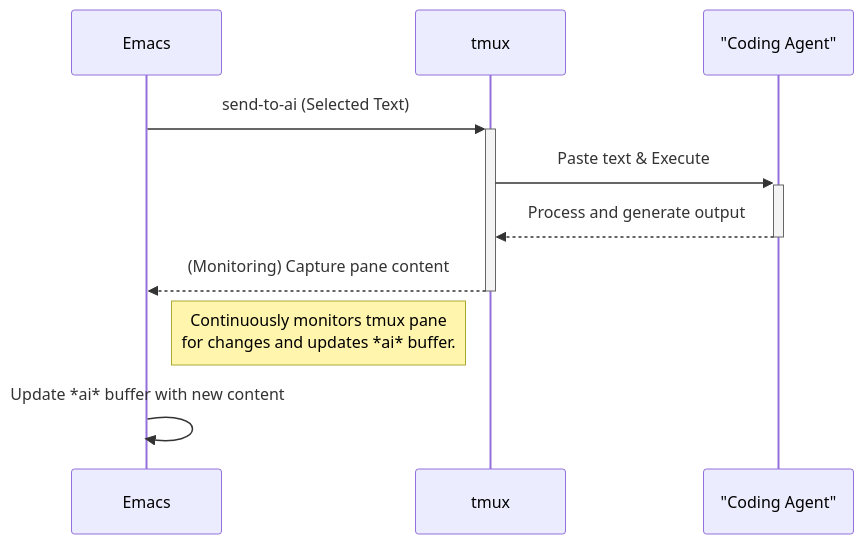
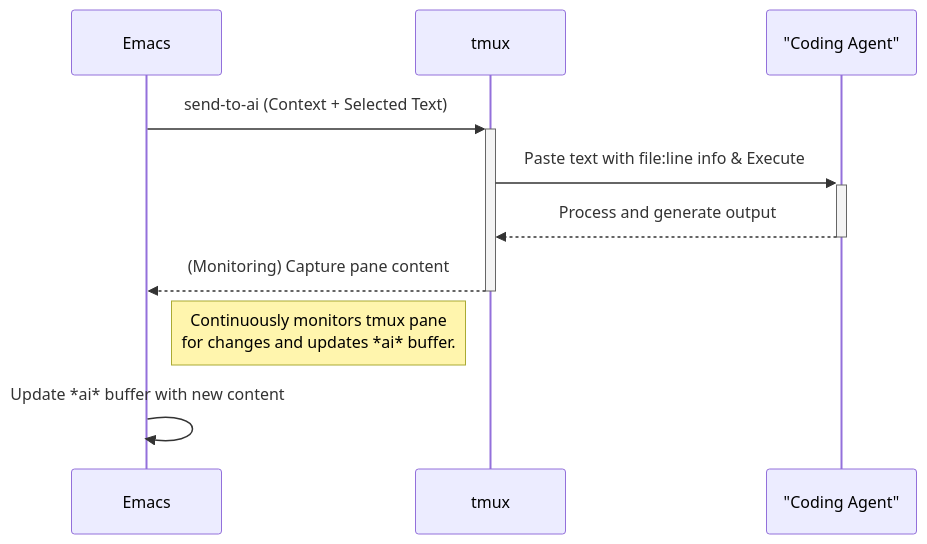
The diagram in README.md (kiyoka/emacs-ai-agent-bridge), drawn with Mermaid before and after one commit. The commit also changed other lines of this file, not shown here.

````diff
--- a/README.md
+++ b/README.md
@@ -155,13 +156,13 @@
 ```mermaid
 sequenceDiagram
     participant Emacs
     participant tmux
     participant "Coding Agent"
 
-    Emacs->>+tmux: send-to-ai (Selected Text)
-    tmux->>+"Coding Agent": Paste text & Execute
+    Emacs->>+tmux: send-to-ai (Context + Selected Text)
+    tmux->>+"Coding Agent": Paste text with file:line info & Execute
     "Coding Agent"-->>-tmux: Process and generate output
     tmux-->>-Emacs: (Monitoring) Capture pane content
     Note right of Emacs: Continuously monitors tmux pane<br/>for changes and updates *ai* buffer.
     Emacs->>Emacs: Update *ai* buffer with new content
 ```
````
